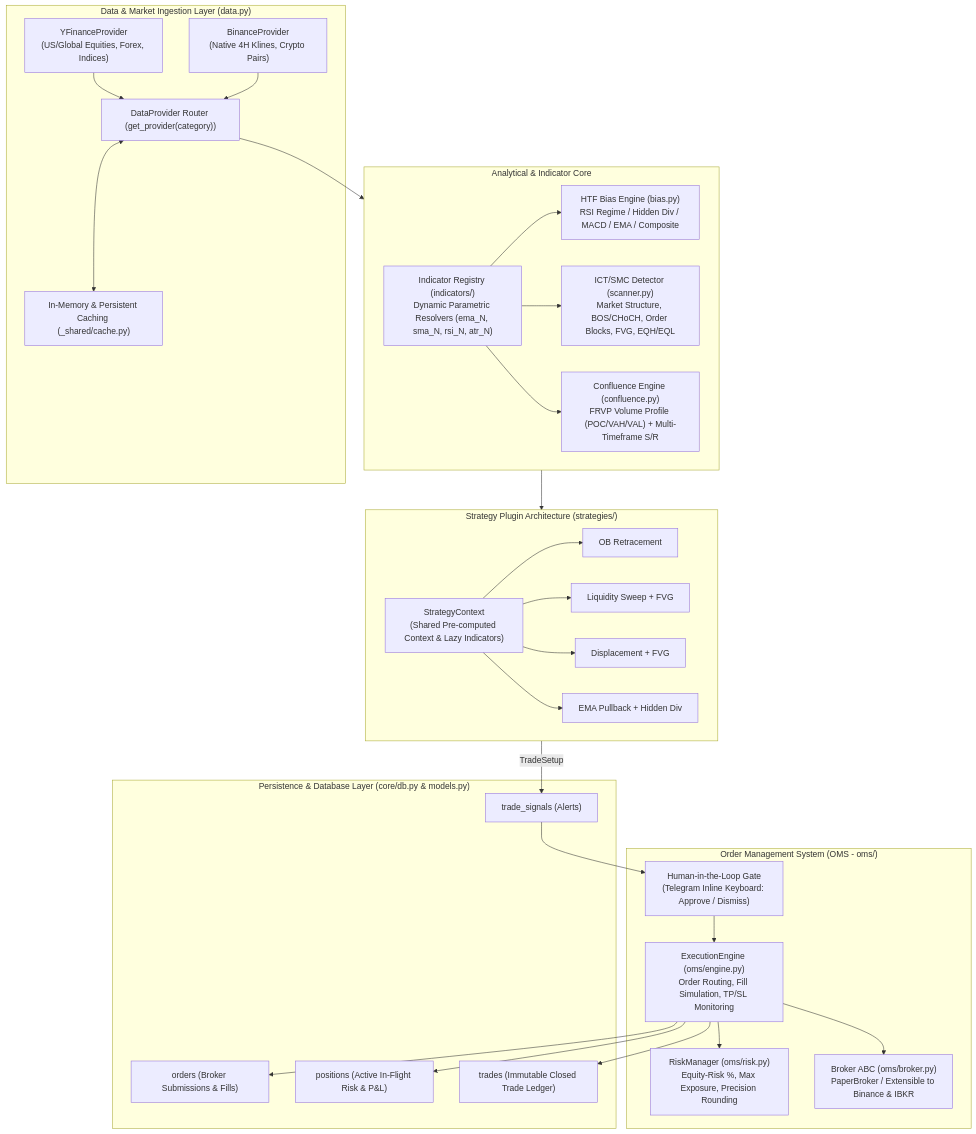
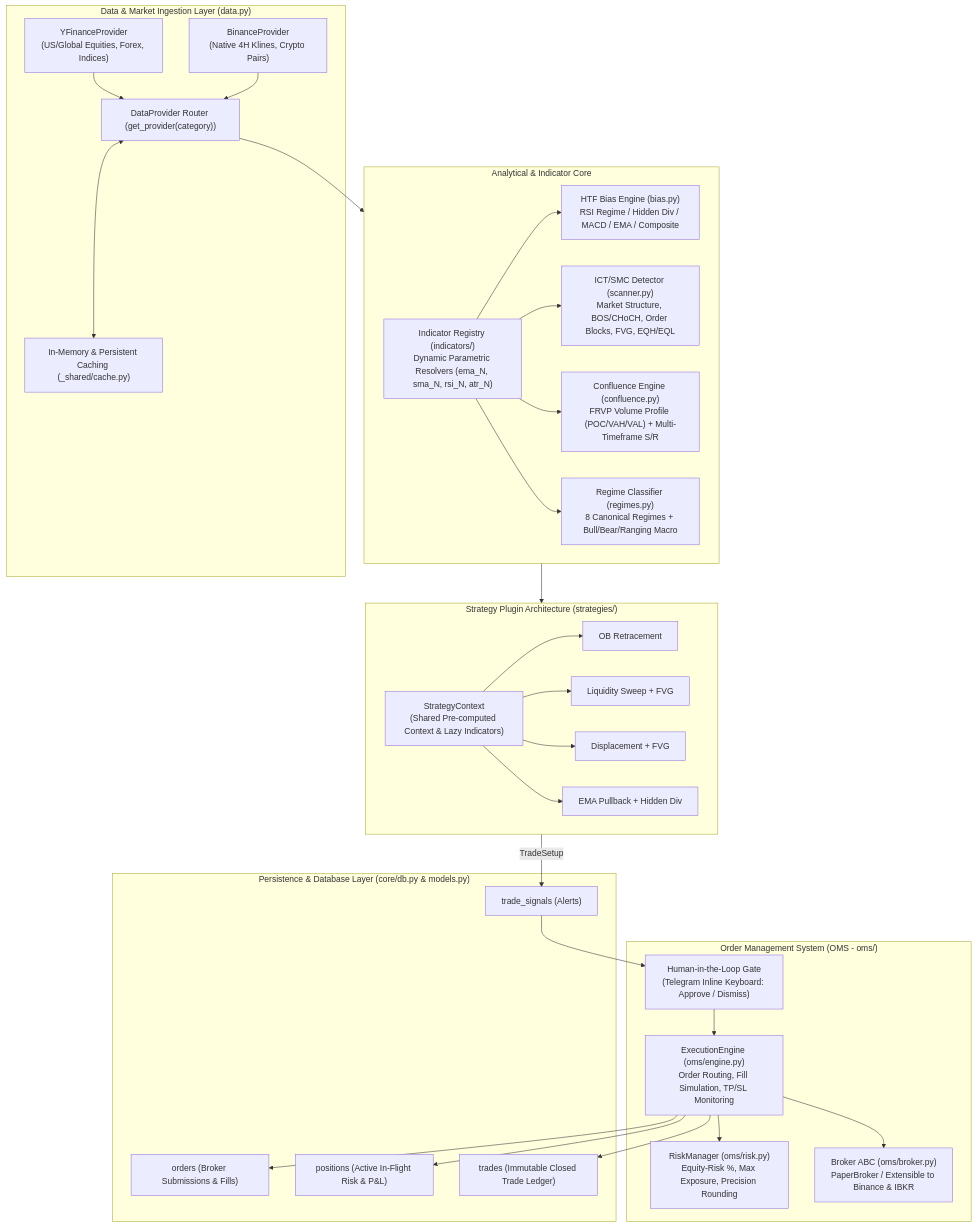
One commit to bash07/basheer.net changed the diagram in automation/app/modules/finance/trader/README_finance_trader.md. Above: the diagram before and after it, drawn with Mermaid. The commit also changed other lines of this file and 3 other files, not shown here.

````diff
--- a/automation/app/modules/finance/trader/README_finance_trader.md
+++ b/automation/app/modules/finance/trader/README_finance_trader.md
@@ -26,59 +26,61 @@
 ```mermaid
 flowchart TD
     subgraph MarketDataLayer["Data & Market Ingestion Layer (data.py)"]
         YF["YFinanceProvider\n(US/Global Equities, Forex, Indices)"]
         BN["BinanceProvider\n(Native 4H Klines, Crypto Pairs)"]
         DP["DataProvider Router (get_provider(category))"]
         CACHE["In-Memory & Persistent Caching (_shared/cache.py)"]
         YF --> DP
         BN --> DP
         DP <--> CACHE
     end
 
     subgraph AnalyticalCore["Analytical & Indicator Core"]
         IND["Indicator Registry (indicators/)\nDynamic Parametric Resolvers (ema_N, sma_N, rsi_N, atr_N)"]
         BIAS["HTF Bias Engine (bias.py)\nRSI Regime / Hidden Div / MACD / EMA / Composite"]
         SCAN["ICT/SMC Detector (scanner.py)\nMarket Structure, BOS/CHoCH, Order Blocks, FVG, EQH/EQL"]
         CONF["Confluence Engine (confluence.py)\nFRVP Volume Profile (POC/VAH/VAL) + Multi-Timeframe S/R"]
+        REGIME["Regime Classifier (regimes.py)\n8 Canonical Regimes + Bull/Bear/Ranging Macro"]
         IND --> BIAS
         IND --> SCAN
         IND --> CONF
+        IND --> REGIME
     end
 
     subgraph StrategyLayer["Strategy Plugin Architecture (strategies/)"]
         CTX["StrategyContext\n(Shared Pre-computed Context & Lazy Indicators)"]
         S1["OB Retracement"]
         S2["Liquidity Sweep + FVG"]
         S3["Displacement + FVG"]
         S4["EMA Pullback + Hidden Div"]
         CTX --> S1
         CTX --> S2
         CTX --> S3
         CTX --> S4
     end
 
     subgraph ExecutionLayer["Order Management System (OMS - oms/)"]
         HUMAN["Human-in-the-Loop Gate\n(Telegram Inline Keyboard: Approve / Dismiss)"]
         RISK["RiskManager (oms/risk.py)\nEquity-Risk %, Max Exposure, Precision Rounding"]
         ENGINE["ExecutionEngine (oms/engine.py)\nOrder Routing, Fill Simulation, TP/SL Monitoring"]
         BROKER["Broker ABC (oms/broker.py)\nPaperBroker / Extensible to Binance & IBKR"]
         HUMAN --> ENGINE
         ENGINE --> RISK
         ENGINE --> BROKER
     end
 
     subgraph Persistence["Persistence & Database Layer (core/db.py & models.py)"]
         TS["trade_signals (Alerts)"]
         ORD["orders (Broker Submissions & Fills)"]
         POS["positions (Active In-Flight Risk & P&L)"]
         TR["trades (Immutable Closed Trade Ledger)"]
     end
 
     DP --> AnalyticalCore
     AnalyticalCore --> StrategyLayer
     StrategyLayer -->|TradeSetup| TS
     TS --> HUMAN
     ENGINE --> ORD
     ENGINE --> POS
     ENGINE --> TR
 ```
````
